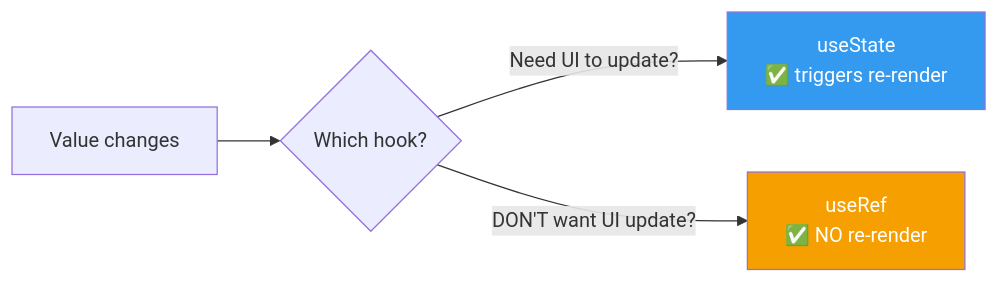
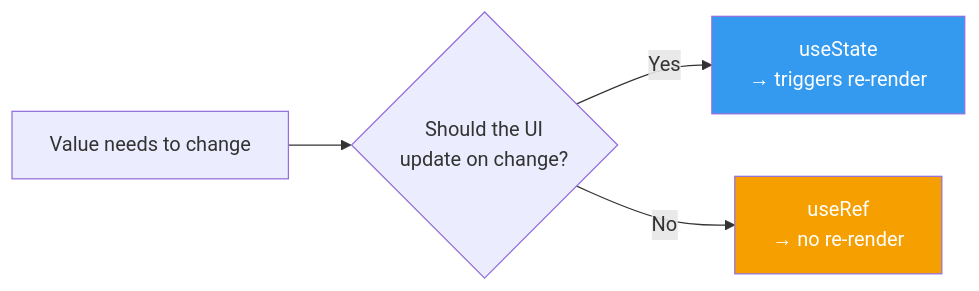
Before and after one commit to vaishali86c/React-revision-book: diagram 15 of 21 in REACT-HOOKS-DEEP-DIVE.md, drawn with Mermaid. The commit also changed other lines of this file, not shown here.

````diff
--- a/REACT-HOOKS-DEEP-DIVE.md
+++ b/REACT-HOOKS-DEEP-DIVE.md
@@ -615,9 +619,9 @@
 ```mermaid
 graph LR
-    A["Value changes"] --> B{Which hook?}
-    B -- "Need UI to update?" --> C["useState\n✅ triggers re-render"]
-    B -- "DON'T want UI update?" --> D["useRef\n✅ NO re-render"]
+    A["Value needs to change"] --> B{Should the UI\nupdate on change?}
+    B -- "Yes" --> C["useState\n→ triggers re-render"]
+    B -- "No" --> D["useRef\n→ no re-render"]
 
     style C fill:#339af0,color:#fff
     style D fill:#f59f00,color:#fff
 ```
````
